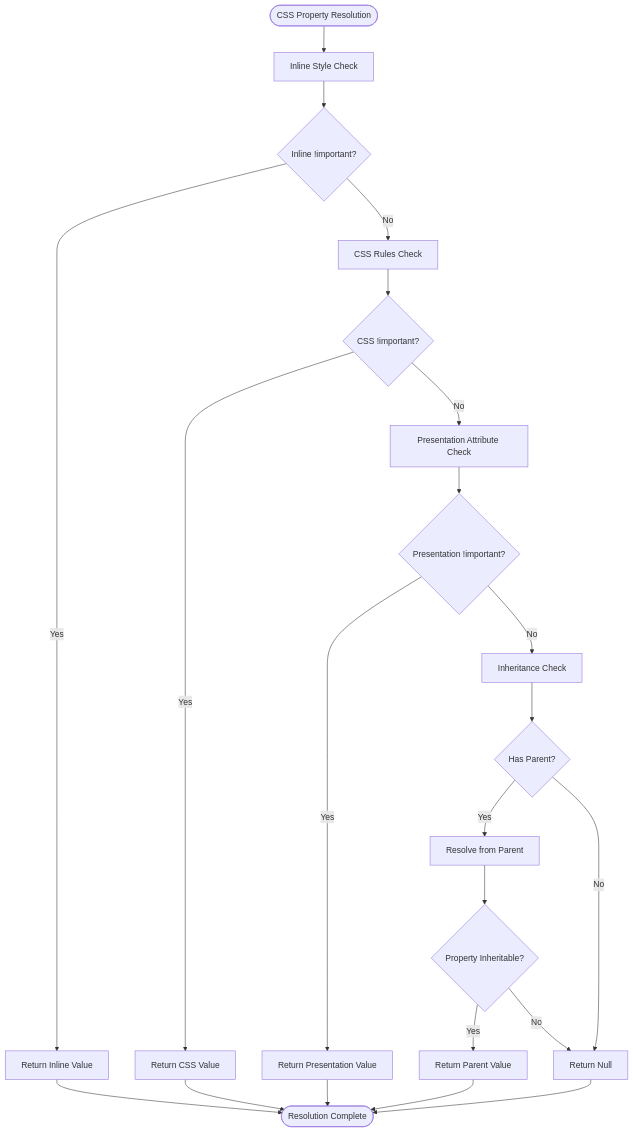
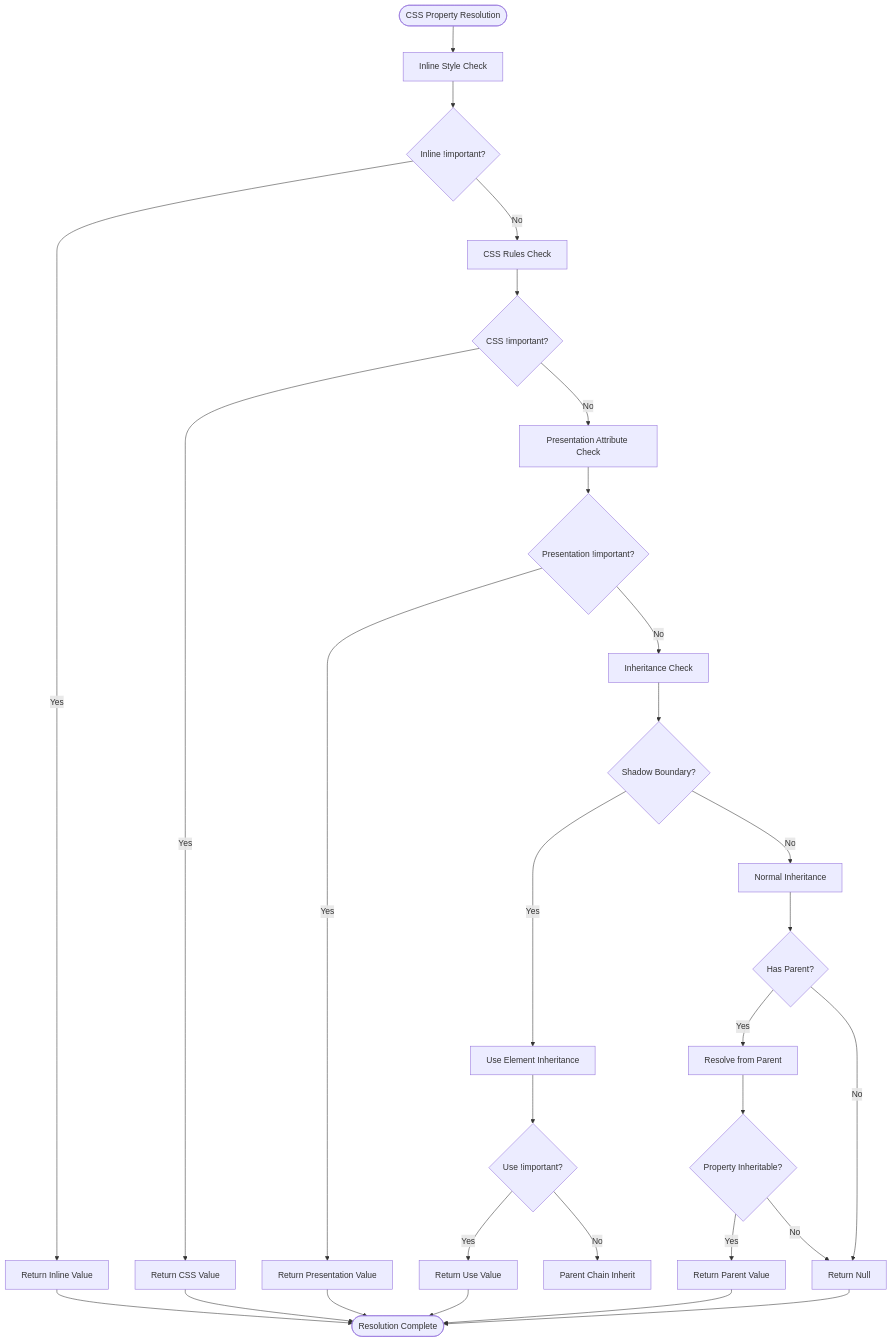
The second of 7 diagrams in .qoder/repowiki/en/content/Animated SVG Support/Advanced Animation Features/Enhanced CSS Variables and Calculations/CSS Cascade System.md (denisnadey/flutter_full_svg_support), drawn with Mermaid before and after one commit. The commit also changed other lines of this file and 40 other files, not shown here.

````diff
--- a/.qoder/repowiki/en/content/Animated SVG Support/Advanced Animation Features/Enhanced CSS Variables and Calculations/CSS Cascade System.md
+++ b/.qoder/repowiki/en/content/Animated SVG Support/Advanced Animation Features/Enhanced CSS Variables and Calculations/CSS Cascade System.md
@@ -118,24 +149,31 @@
 ```mermaid
 flowchart TD
 Start([CSS Property Resolution]) --> Inline[Inline Style Check]
 Inline --> InlineImportant{Inline !important?}
 InlineImportant --> |Yes| ReturnInline[Return Inline Value]
 InlineImportant --> |No| CSSRules[CSS Rules Check]
 CSSRules --> CSSImportant{CSS !important?}
 CSSImportant --> |Yes| ReturnCSS[Return CSS Value]
 CSSImportant --> |No| Presentation[Presentation Attribute Check]
 Presentation --> PresentImportant{Presentation !important?}
 PresentImportant --> |Yes| ReturnPresent[Return Presentation Value]
 PresentImportant --> |No| Inheritance[Inheritance Check]
-Inheritance --> HasParent{Has Parent?}
+Inheritance --> ShadowBoundary{Shadow Boundary?}
+ShadowBoundary --> |Yes| UseInheritance[Use Element Inheritance]
+ShadowBoundary --> |No| NormalInheritance[Normal Inheritance]
+UseInheritance --> UseImportant{Use !important?}
+UseImportant --> |Yes| ReturnUse[Return Use Value]
+UseImportant --> |No| ParentInherit[Parent Chain Inherit]
+NormalInheritance --> HasParent{Has Parent?}
 HasParent --> |Yes| ParentResolve[Resolve from Parent]
 HasParent --> |No| NoValue[Return Null]
 ParentResolve --> InheritCheck{Property Inheritable?}
 InheritCheck --> |Yes| ReturnParent[Return Parent Value]
 InheritCheck --> |No| NoValue
 ReturnInline --> End([Resolution Complete])
 ReturnCSS --> End
 ReturnPresent --> End
+ReturnUse --> End
 ReturnParent --> End
 NoValue --> End
 ```
````
